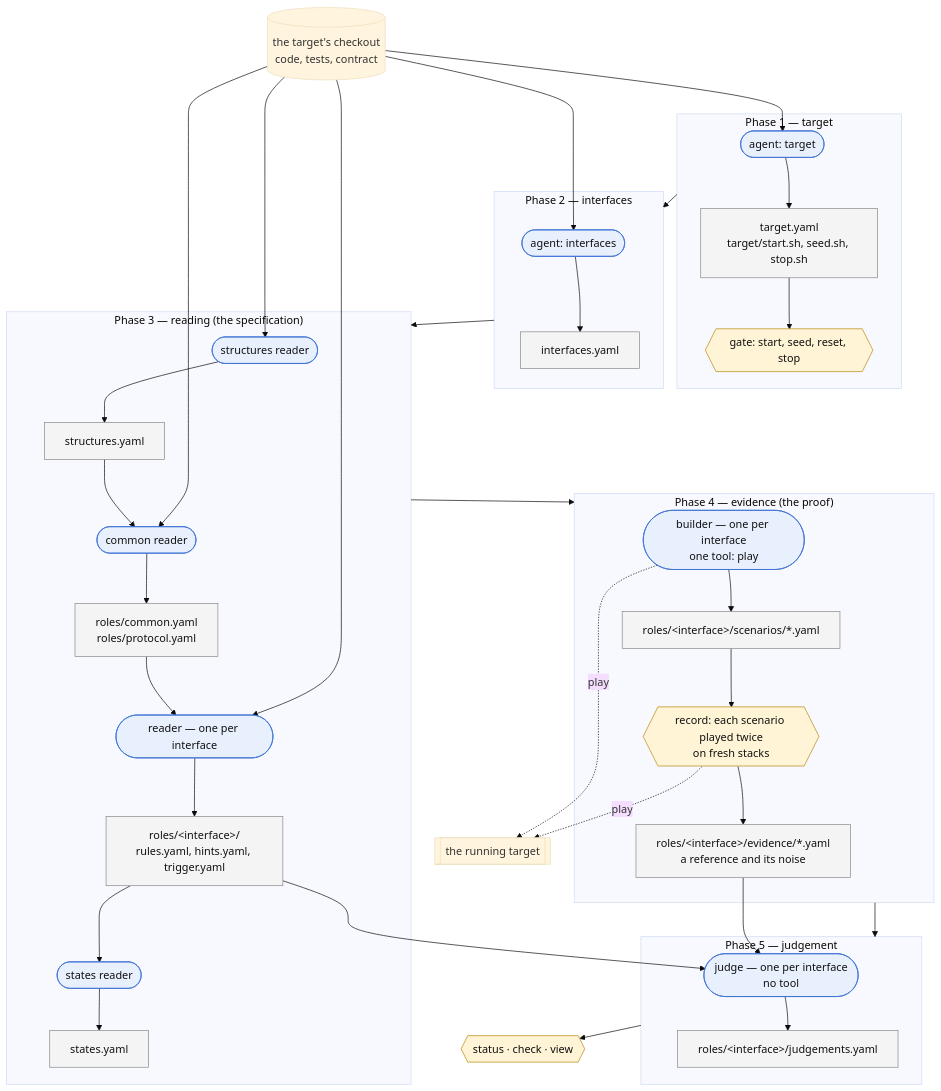
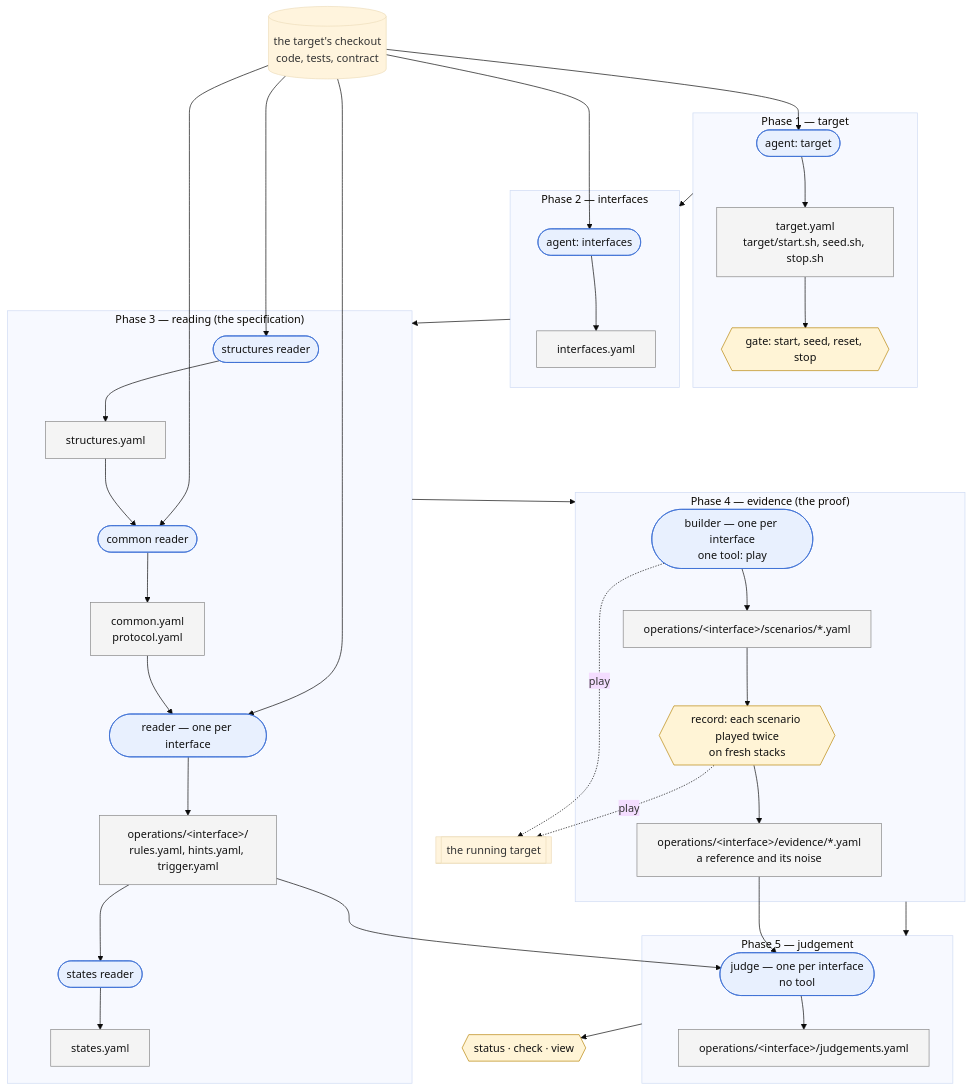
The first of 2 diagrams in docs/extraction-flow.md (defsquare/exspec), drawn with Mermaid (base theme) before and after one commit. The commit also changed other lines of this file and 53 other files, not shown here.

````diff
--- a/docs/extraction-flow.md
+++ b/docs/extraction-flow.md
@@ -13,66 +13,66 @@
 ```mermaid
 flowchart TD
     code[("the target's checkout<br/>code, tests, contract")]
 
     subgraph P1["Phase 1 — target"]
         A1(["agent: target"])
         F1["target.yaml<br/>target/start.sh, seed.sh, stop.sh"]
         G1{{"gate: start, seed, reset, stop"}}
         A1 --> F1 --> G1
     end
 
     subgraph P2["Phase 2 — interfaces"]
         A2(["agent: interfaces"])
         F2["interfaces.yaml"]
         A2 --> F2
     end
 
     subgraph P3["Phase 3 — reading (the specification)"]
         R1(["structures reader"])
         F3["structures.yaml"]
         R2(["common reader"])
-        F4["roles/common.yaml<br/>roles/protocol.yaml"]
+        F4["common.yaml<br/>protocol.yaml"]
         R3(["reader — one per interface"])
-        F5["roles/&lt;interface&gt;/<br/>rules.yaml, hints.yaml, trigger.yaml"]
+        F5["operations/&lt;interface&gt;/<br/>rules.yaml, hints.yaml, trigger.yaml"]
         R4(["states reader"])
         F6["states.yaml"]
         R1 --> F3 --> R2 --> F4 --> R3 --> F5 --> R4 --> F6
     end
 
     subgraph P4["Phase 4 — evidence (the proof)"]
         B(["builder — one per interface<br/>one tool: play"])
-        F7["roles/&lt;interface&gt;/scenarios/*.yaml"]
+        F7["operations/&lt;interface&gt;/scenarios/*.yaml"]
         T1{{"record: each scenario played twice<br/>on fresh stacks"}}
-        F8["roles/&lt;interface&gt;/evidence/*.yaml<br/>a reference and its noise"]
+        F8["operations/&lt;interface&gt;/evidence/*.yaml<br/>a reference and its noise"]
         B --> F7 --> T1 --> F8
     end
 
     subgraph P5["Phase 5 — judgement"]
         J(["judge — one per interface<br/>no tool"])
-        F9["roles/&lt;interface&gt;/judgements.yaml"]
+        F9["operations/&lt;interface&gt;/judgements.yaml"]
         J --> F9
     end
 
     sys[["the running target"]]
 
     code --> A1
     code --> A2
     code --> R1
     code --> R2
     code --> R3
     P1 --> P2 --> P3 --> P4 --> P5
     B -. "play" .-> sys
     T1 -. "play" .-> sys
     F8 --> J
     F5 --> J
 
     V{{"status · check · view"}}
     P5 --> V
 
     classDef agent fill:#e8f0fe,stroke:#3b6fd4,color:#111;
     classDef tool fill:#fff4d6,stroke:#b8860b,color:#111;
     classDef file fill:#f4f4f4,stroke:#888,color:#111;
     class A1,A2,R1,R2,R3,R4,B,J agent;
     class G1,T1,V tool;
     class F1,F2,F3,F4,F5,F6,F7,F8,F9 file;
 ```
````
